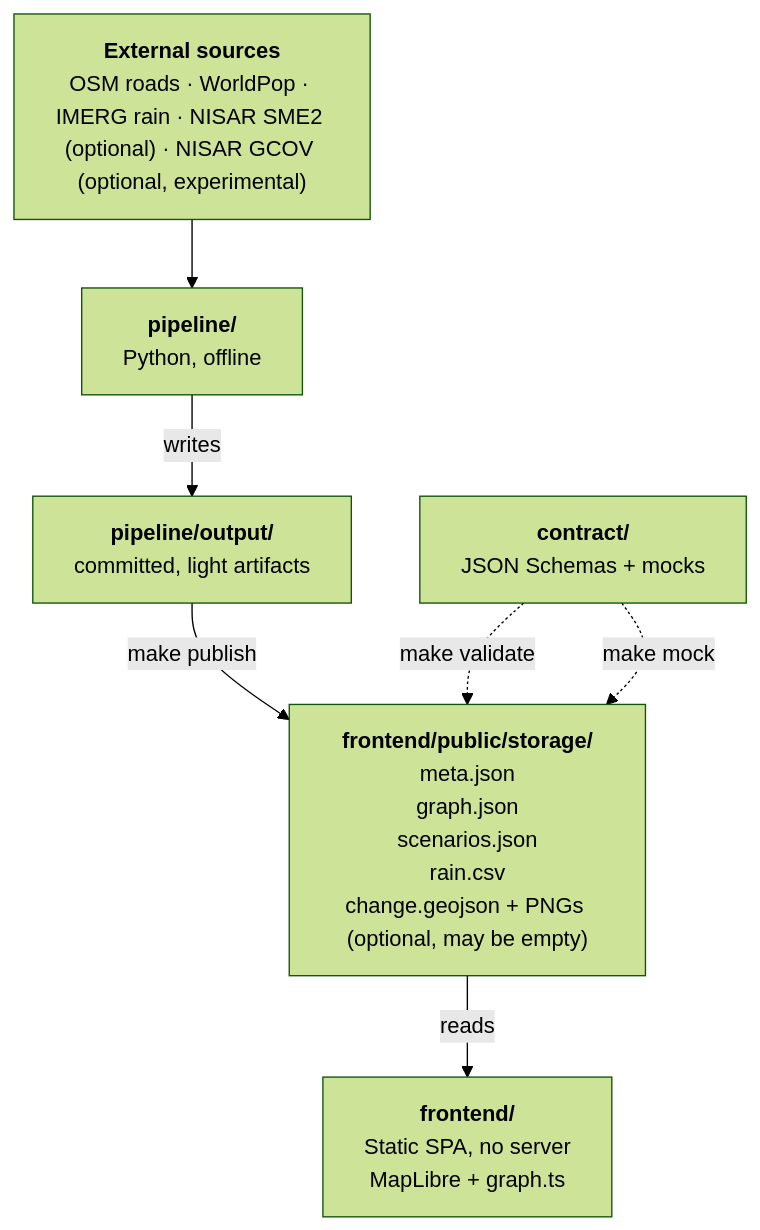
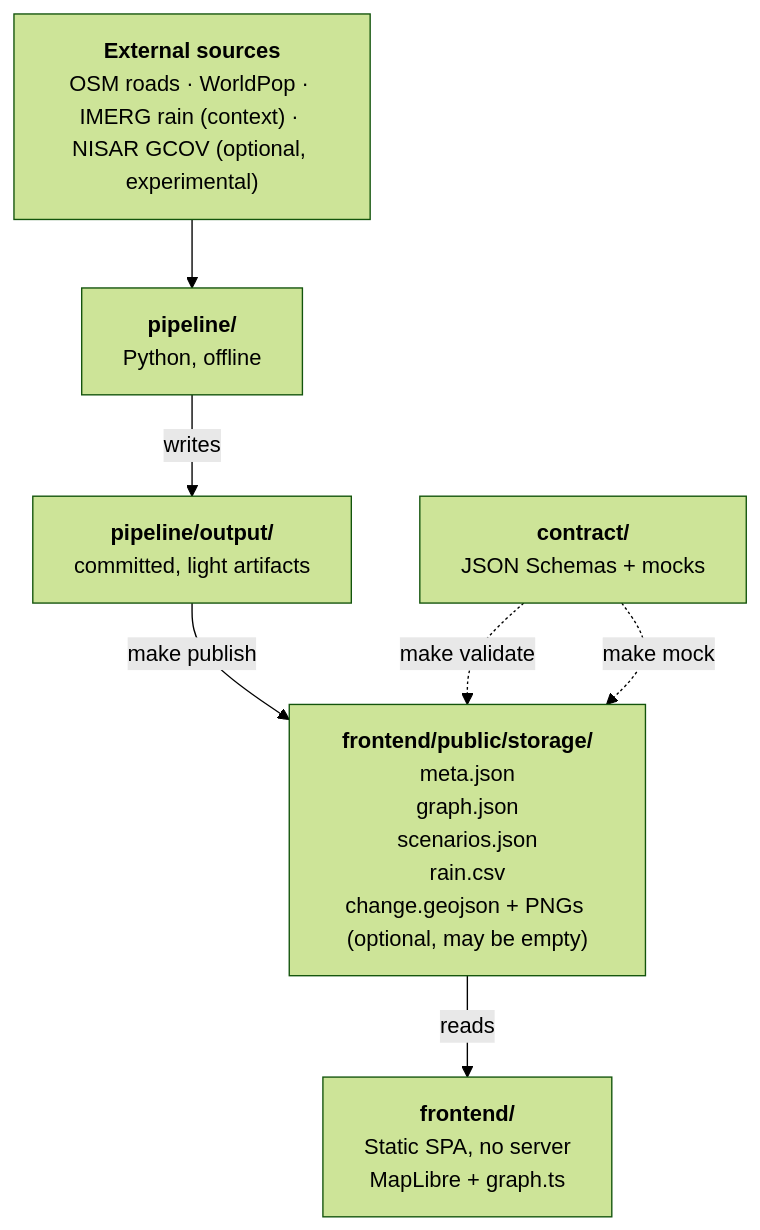
One commit to WGuillenDev/vantage changed the diagram in context/structure.md. Above: the diagram before and after it, drawn with Mermaid (forest theme). The commit also changed other lines of this file and 7 other files, not shown here.

First line of the commit message:
docs: redirect docs to consequence analysis

````diff
--- a/context/structure.md
+++ b/context/structure.md
@@ -7,16 +7,16 @@
 ```mermaid
 flowchart TD
-    src["<b>External sources</b><br/>OSM roads · WorldPop · IMERG rain · NISAR SME2 (optional) · NISAR GCOV (optional, experimental)"]
+    src["<b>External sources</b><br/>OSM roads · WorldPop · IMERG rain (context) · NISAR GCOV (optional, experimental)"]
     pipe["<b>pipeline/</b><br/>Python, offline"]
     out["<b>pipeline/output/</b><br/>committed, light artifacts"]
     data["<b>frontend/public/storage/</b><br/>meta.json<br/>graph.json<br/>scenarios.json<br/>rain.csv<br/>change.geojson + PNGs (optional, may be empty)"]
     spa["<b>frontend/</b><br/>Static SPA, no server<br/>MapLibre + graph.ts"]
     contract["<b>contract/</b><br/>JSON Schemas + mocks"]
 
     src --> pipe
     pipe -->|writes| out
     out -->|make publish| data
     data -->|reads| spa
     contract -. "make validate" .-> data
     contract -. "make mock" .-> data
 ```
````
